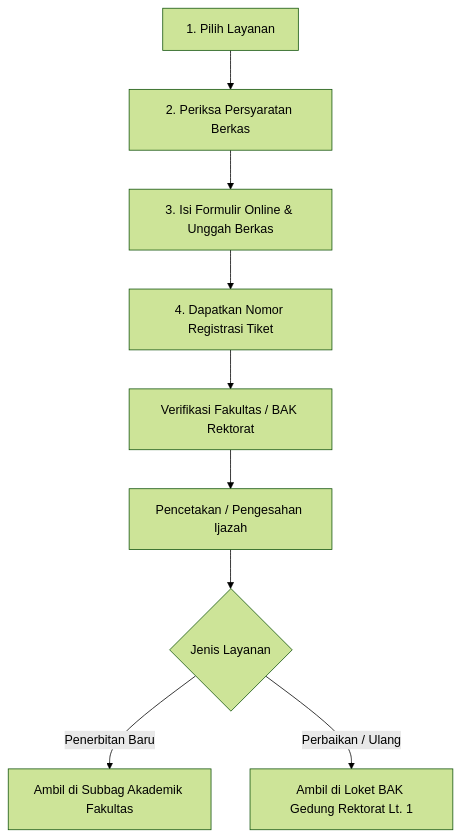
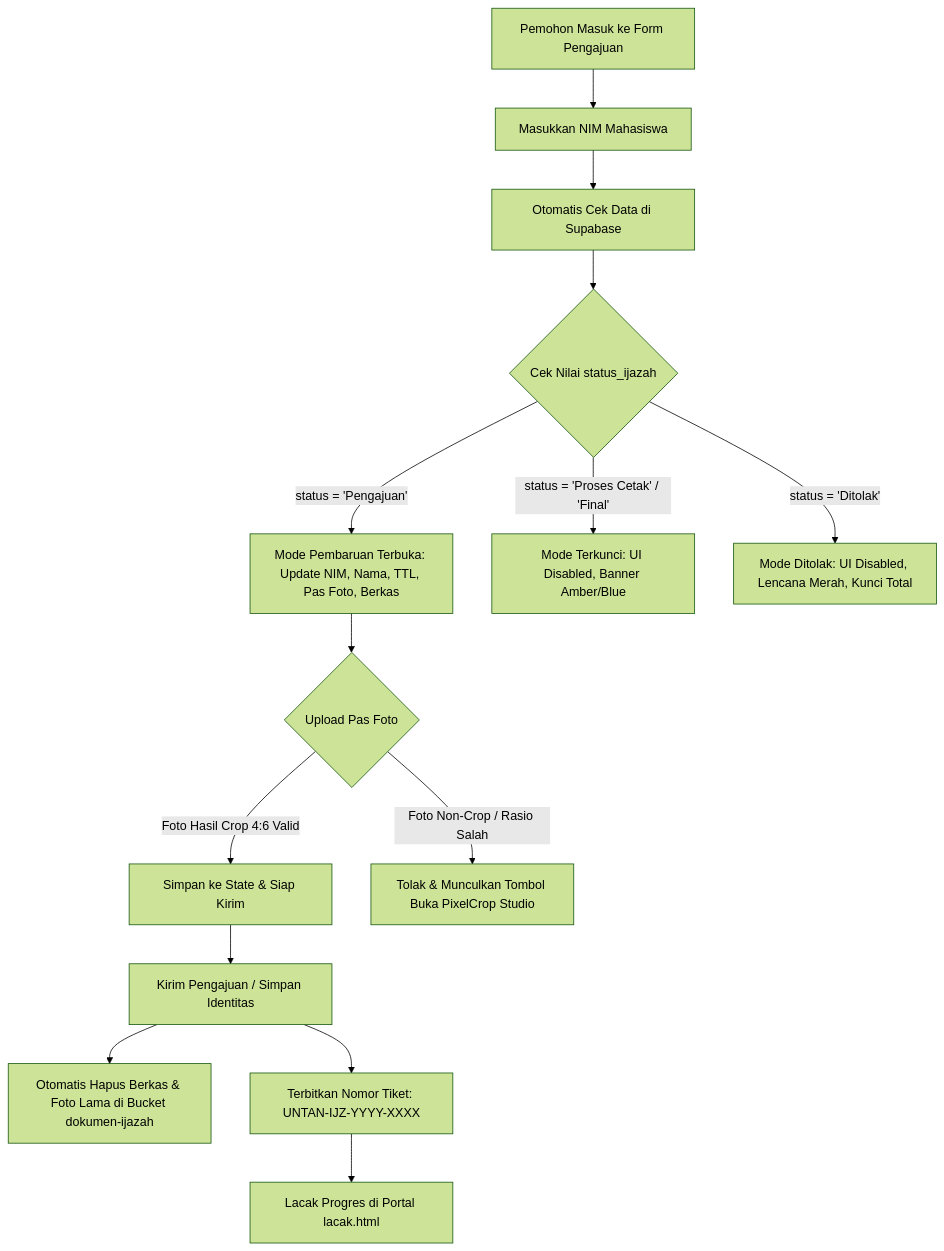
The diagram in # PRD Landing Page Penerbitan Ijazah.md (sirhanbaak/photo-ijazah-untan), drawn with Mermaid (forest theme) before and after one commit. The commit also changed other lines of this file and 23 other files, not shown here.

````diff
--- a/# PRD Landing Page Penerbitan Ijazah.md
+++ b/# PRD Landing Page Penerbitan Ijazah.md
@@ -162,11 +425,16 @@
 ```mermaid
 graph TD
-    A[1. Pilih Layanan] --> B[2. Periksa Persyaratan Berkas]
-    B --> C[3. Isi Formulir Online & Unggah Berkas]
-    C --> D[4. Dapatkan Nomor Registrasi Tiket]
-    D --> E[Verifikasi Fakultas / BAK Rektorat]
-    E --> F[Pencetakan / Pengesahan Ijazah]
-    F --> G{Jenis Layanan}
-    G -->|Penerbitan Baru| H[Ambil di Subbag Akademik Fakultas]
-    G -->|Perbaikan / Ulang| I[Ambil di Loket BAK Gedung Rektorat Lt. 1]
+    A[Pemohon Masuk ke Form Pengajuan] --> B[Masukkan NIM Mahasiswa]
+    B --> C[Otomatis Cek Data di Supabase]
+    C --> D{Cek Nilai status_ijazah}
+    D -->|status = 'Pengajuan'| E[Mode Pembaruan Terbuka: Update NIM, Nama, TTL, Pas Foto, Berkas]
+    D -->|status = 'Proses Cetak' / 'Final'| F[Mode Terkunci: UI Disabled, Banner Amber/Blue]
+    D -->|status = 'Ditolak'| G[Mode Ditolak: UI Disabled, Lencana Merah, Kunci Total]
+    E --> H{Upload Pas Foto}
+    H -->|Foto Hasil Crop 4:6 Valid| I[Simpan ke State & Siap Kirim]
+    H -->|Foto Non-Crop / Rasio Salah| J[Tolak & Munculkan Tombol Buka PixelCrop Studio]
+    I --> K[Kirim Pengajuan / Simpan Identitas]
+    K --> L[Otomatis Hapus Berkas & Foto Lama di Bucket dokumen-ijazah]
+    K --> M[Terbitkan Nomor Tiket: UNTAN-IJZ-YYYY-XXXX]
+    M --> N[Lacak Progres di Portal lacak.html]
 ```
````
